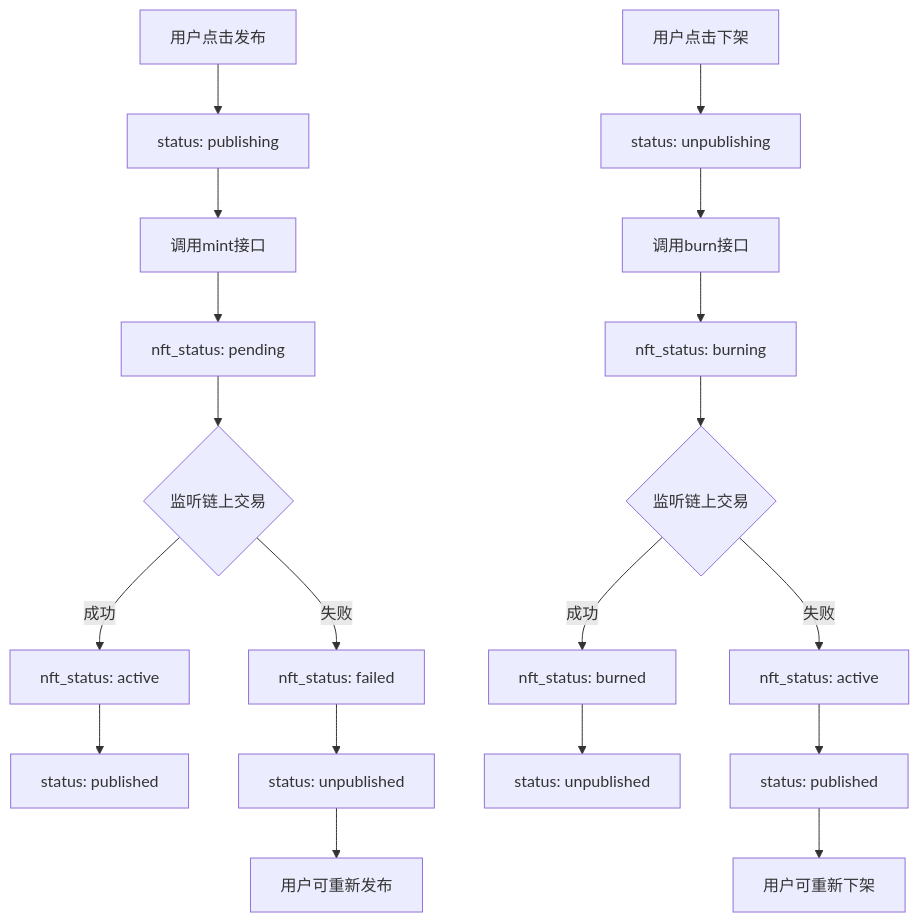
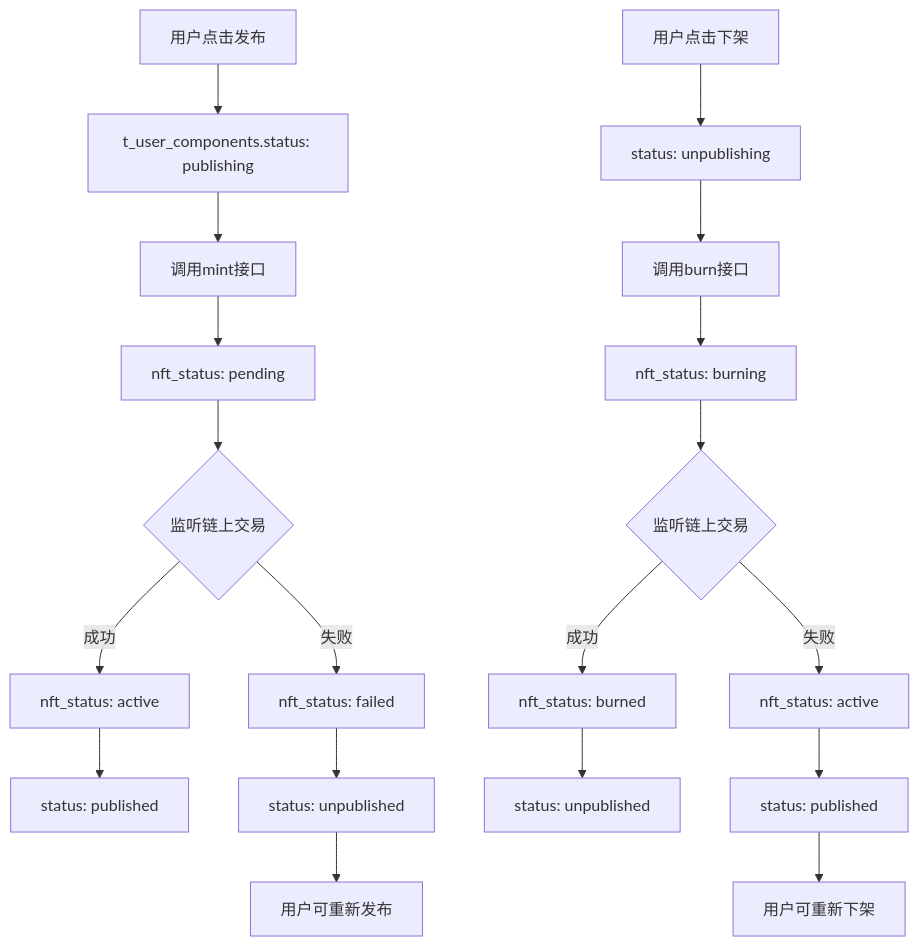
One commit to yingjianzh/iodraw-files changed the diagram in all/未命名-74.md. Above: the diagram before and after it, drawn with Mermaid.

Commit message:
2025-07-07 15:41:50 update

````diff
--- a/all/未命名-74.md
+++ b/all/未命名-74.md
@@ -1,22 +1,22 @@
 ```mermaid
 graph TD
-    A[用户点击发布] --> B[status: publishing]
+    A[用户点击发布] --> B[t_user_components.status: publishing]
     B --> C[调用mint接口]
     C --> D[nft_status: pending]
     D --> E{监听链上交易}
     E -->|成功| F[nft_status: active]
     F --> G[status: published]
     E -->|失败| H[nft_status: failed]
     H --> I[status: unpublished]
     I --> J[用户可重新发布]
     
     K[用户点击下架] --> L[status: unpublishing]
     L --> M[调用burn接口]
     M --> N[nft_status: burning]
     N --> O{监听链上交易}
     O -->|成功| P[nft_status: burned]
     P --> Q[status: unpublished]
     O -->|失败| R[nft_status: active]
     R --> S[status: published]
     S --> T[用户可重新下架]
 ```
````
